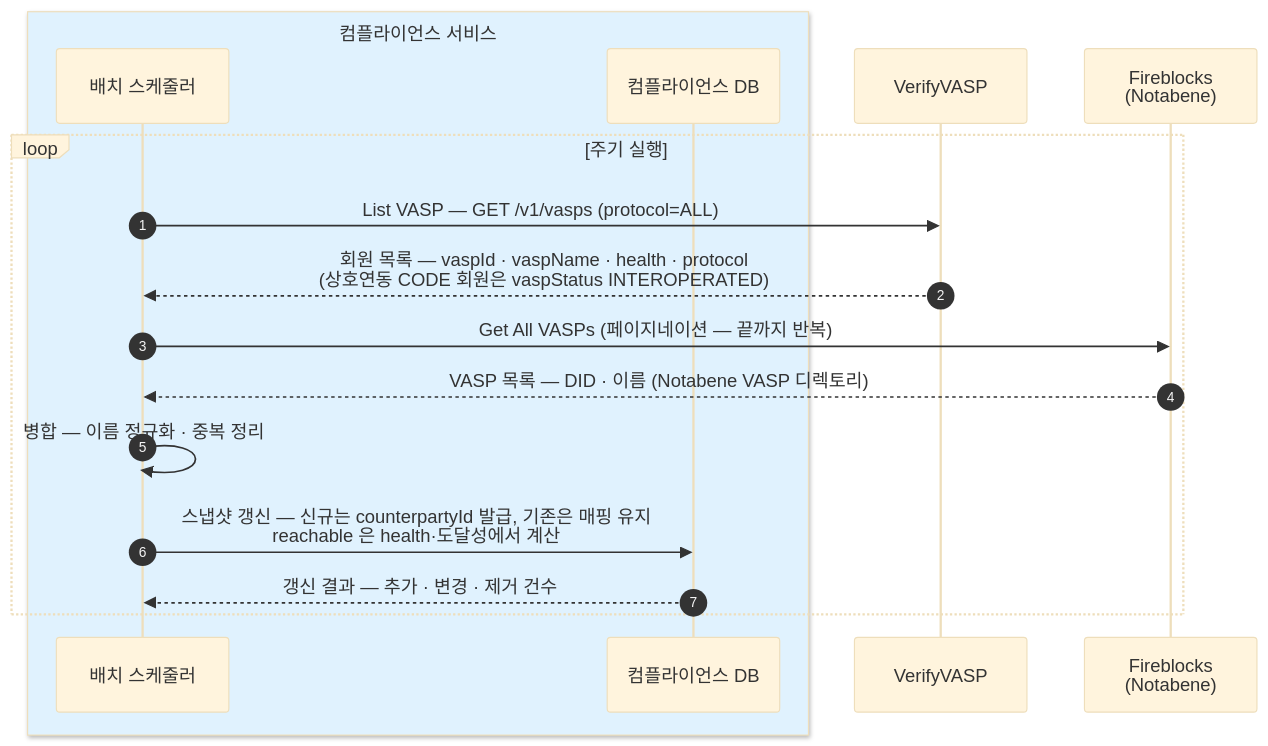
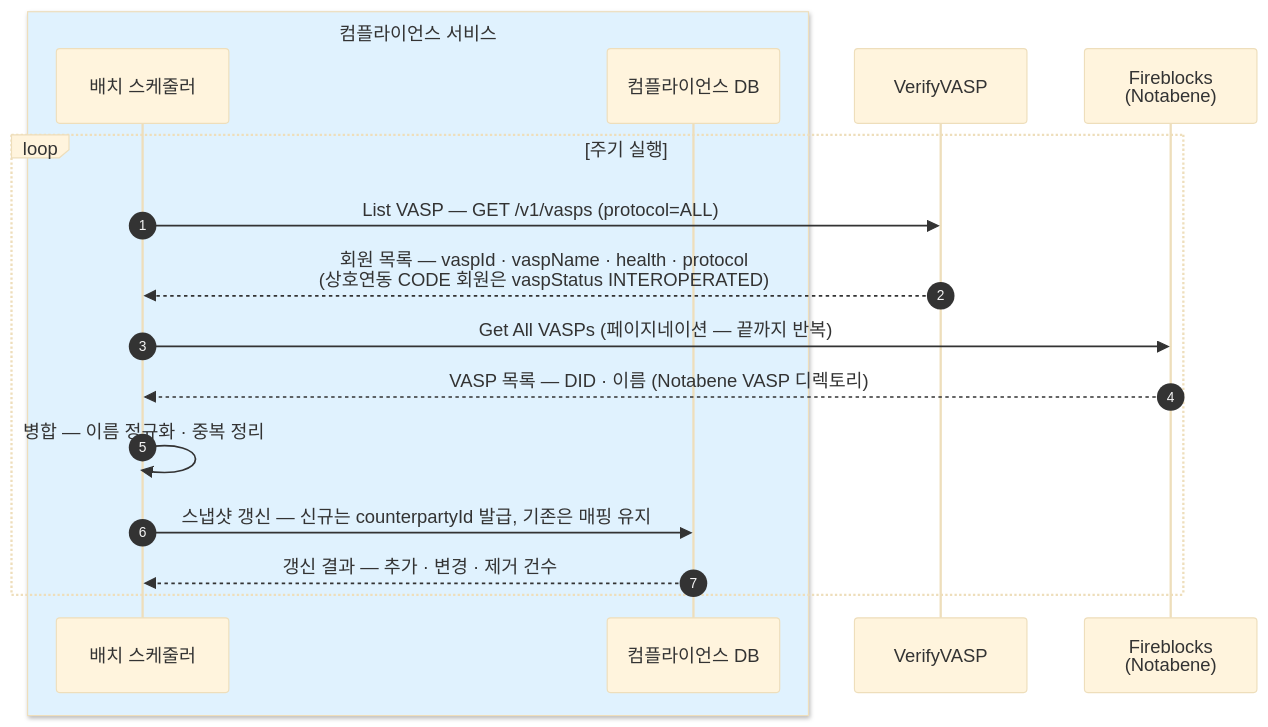
Before and after one commit to eunsujeo/eunpus: the first of 4 diagrams in blockchain-manager/docs/컴플라이언스/설계/01-interface.md, drawn with Mermaid (base theme). The commit also changed other lines of this file and 10 other files, not shown here.

````diff
--- a/blockchain-manager/docs/컴플라이언스/설계/01-interface.md
+++ b/blockchain-manager/docs/컴플라이언스/설계/01-interface.md
@@ -60,20 +61,20 @@
 ```mermaid
 sequenceDiagram
     autonumber
     box rgb(224,242,254) 컴플라이언스 서비스
     participant SCH as 배치 스케줄러
     participant DB as 컴플라이언스 DB
     end
     participant VV as VerifyVASP
     participant FB as Fireblocks<br/>(Notabene)
 
     loop 주기 실행
         SCH->>VV: List VASP — GET /v1/vasps (protocol=ALL)
         VV-->>SCH: 회원 목록 — vaspId · vaspName · health · protocol<br/>(상호연동 CODE 회원은 vaspStatus INTEROPERATED)
         SCH->>FB: Get All VASPs (페이지네이션 — 끝까지 반복)
         FB-->>SCH: VASP 목록 — DID · 이름 (Notabene VASP 디렉토리)
         SCH->>SCH: 병합 — 이름 정규화 · 중복 정리
-        SCH->>DB: 스냅샷 갱신 — 신규는 counterpartyId 발급, 기존은 매핑 유지<br/>reachable 은 health·도달성에서 계산
+        SCH->>DB: 스냅샷 갱신 — 신규는 counterpartyId 발급, 기존은 매핑 유지
         DB-->>SCH: 갱신 결과 — 추가 · 변경 · 제거 건수
     end
 ```
````
